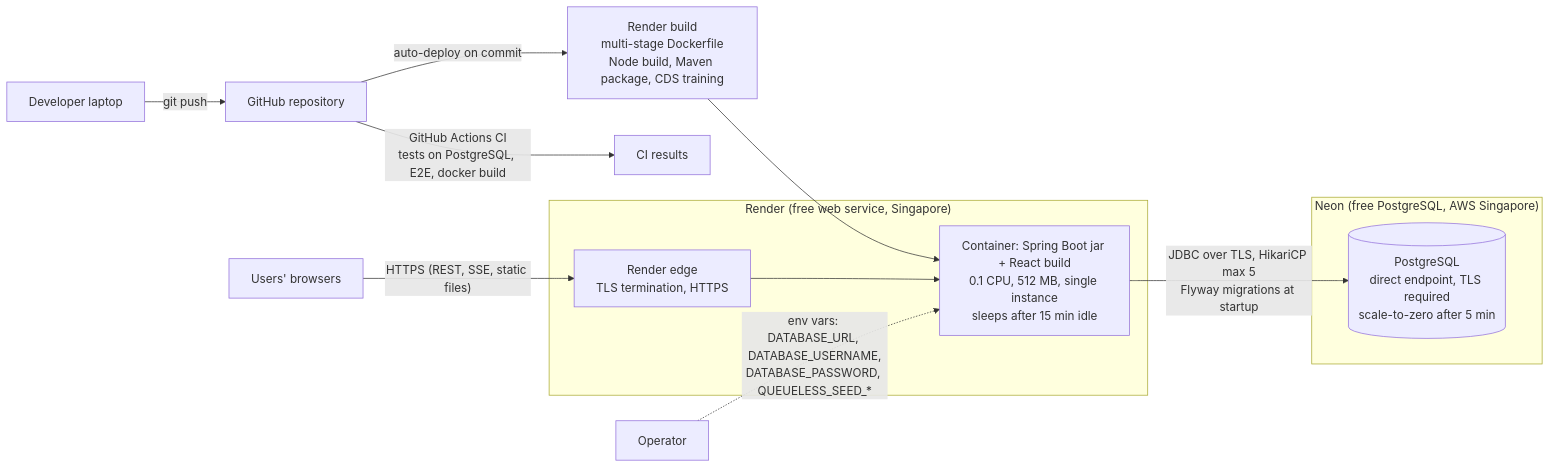
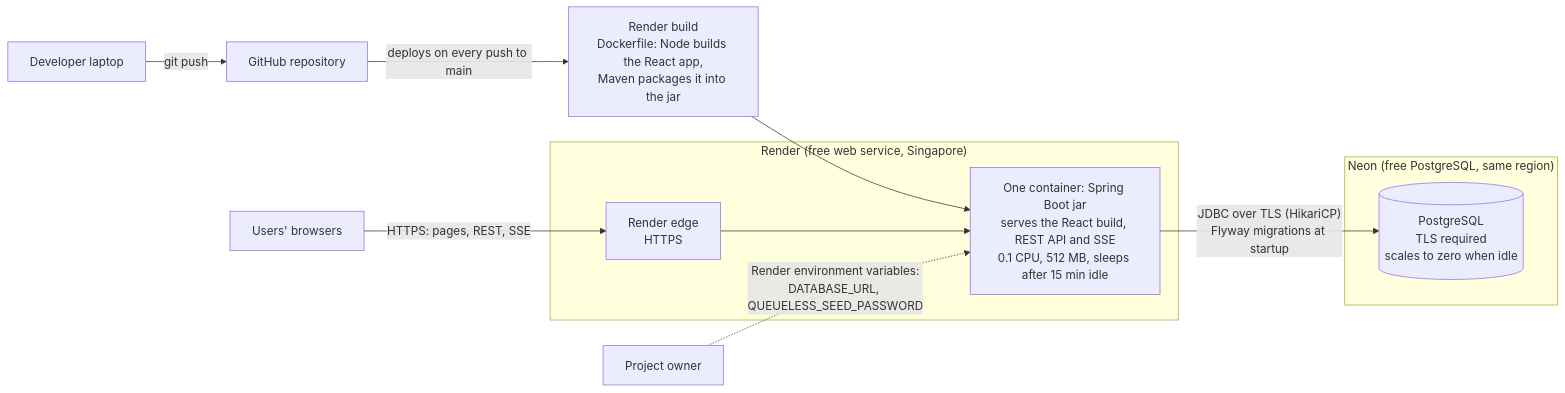
The diagram in docs/diagrams/07-deployment-architecture.mmd (Nikhilnmv/QueueLess), drawn with Mermaid before and after one commit. The commit also changed 23 other files, not shown here.

First line of the commit message:
Add UML and data flow diagrams with PNG exports

```diff
--- a/docs/diagrams/07-deployment-architecture.mmd
+++ b/docs/diagrams/07-deployment-architecture.mmd
@@ -1,19 +1,18 @@
 flowchart LR
     Dev["Developer laptop"] -- "git push" --> GH["GitHub repository"]
-    GH -- "GitHub Actions CI<br/>tests on PostgreSQL, E2E, docker build" --> CI["CI results"]
-    GH -- "auto-deploy on commit" --> Build["Render build<br/>multi-stage Dockerfile<br/>Node build, Maven package, CDS training"]
+    GH -- "deploys on every push to main" --> Build["Render build<br/>Dockerfile: Node builds the React app,<br/>Maven packages it into the jar"]
     Build --> Svc
 
     subgraph Render["Render (free web service, Singapore)"]
-        Edge["Render edge<br/>TLS termination, HTTPS"]
-        Svc["Container: Spring Boot jar + React build<br/>0.1 CPU, 512 MB, single instance<br/>sleeps after 15 min idle"]
+        Edge["Render edge<br/>HTTPS"]
+        Svc["One container: Spring Boot jar<br/>serves the React build, REST API and SSE<br/>0.1 CPU, 512 MB, sleeps after 15 min idle"]
         Edge --> Svc
     end
 
-    subgraph Neon["Neon (free PostgreSQL, AWS Singapore)"]
-        PG[("PostgreSQL<br/>direct endpoint, TLS required<br/>scale-to-zero after 5 min")]
+    subgraph Neon["Neon (free PostgreSQL, same region)"]
+        PG[("PostgreSQL<br/>TLS required<br/>scales to zero when idle")]
     end
 
-    User["Users' browsers"] -- "HTTPS (REST, SSE, static files)" --> Edge
-    Svc -- "JDBC over TLS, HikariCP max 5<br/>Flyway migrations at startup" --> PG
-    Ops["Operator"] -. "env vars: DATABASE_URL, DATABASE_USERNAME,<br/>DATABASE_PASSWORD, QUEUELESS_SEED_*" .-> Svc
+    User["Users' browsers"] -- "HTTPS: pages, REST, SSE" --> Edge
+    Svc -- "JDBC over TLS (HikariCP)<br/>Flyway migrations at startup" --> PG
+    Owner["Project owner"] -. "Render environment variables:<br/>DATABASE_URL, QUEUELESS_SEED_PASSWORD" .-> Svc
```
